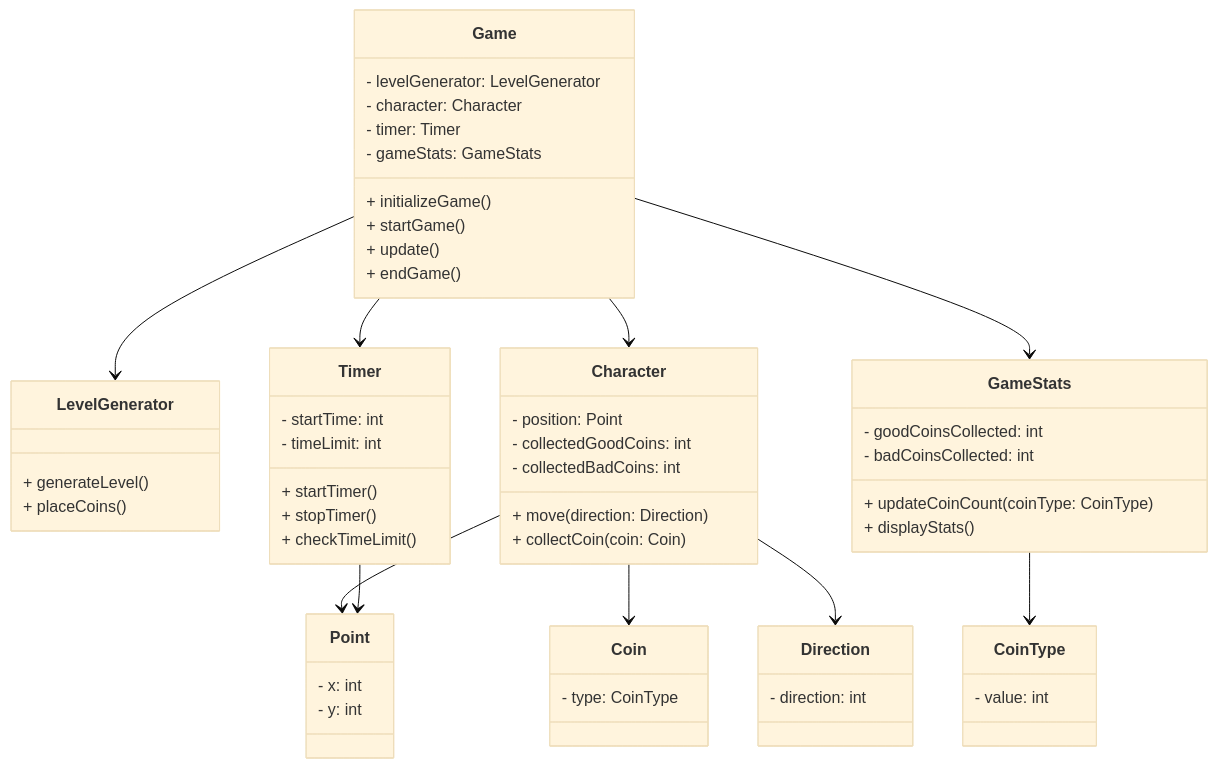
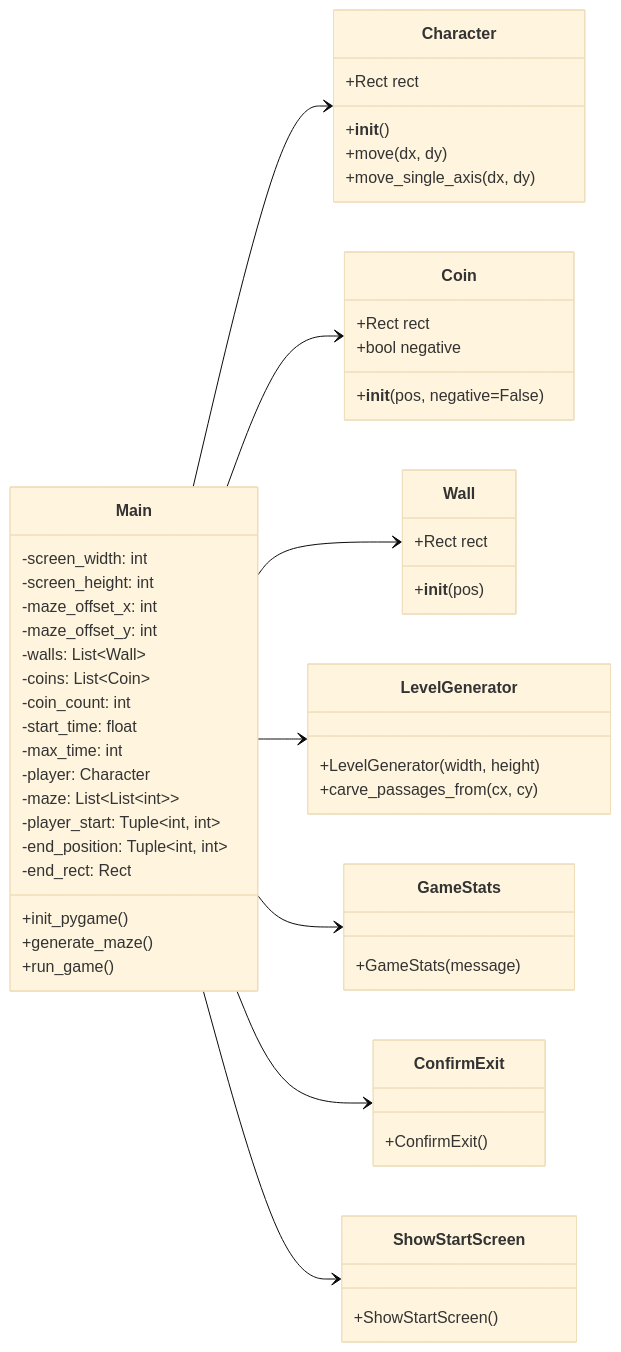
The diagram in docs/struct.md (ArinaTolpa/Lab1.2), drawn with Mermaid (base theme) before and after one commit. The commit also changed other lines of this file, not shown here.

````diff
--- a/docs/struct.md
+++ b/docs/struct.md
@@ -3,61 +3,67 @@
 ```mermaid
 classDiagram
-    class Game {
-        - levelGenerator: LevelGenerator
-        - character: Character
-        - timer: Timer
-        - gameStats: GameStats
-        + initializeGame()
-        + startGame()
-        + update()
-        + endGame()
+    direction LR
+    
+    class Character {
+        +Rect rect
+        +__init__()
+        +move(dx, dy)
+        +move_single_axis(dx, dy)
     }
+    
+    class Coin {
+        +Rect rect
+        +bool negative
+        +__init__(pos, negative=False)
+    }
+    
+    class Wall {
+        +Rect rect
+        +__init__(pos)
+    }
+    
     class LevelGenerator {
-        + generateLevel()
-        + placeCoins()
+        +LevelGenerator(width, height)
+        +carve_passages_from(cx, cy)
     }
-    class Character {
-        - position: Point
-        - collectedGoodCoins: int
-        - collectedBadCoins: int
-        + move(direction: Direction)
-        + collectCoin(coin: Coin)
+    
+    class GameStats {
+        +GameStats(message)
     }
-    class Timer {
-        - startTime: int
-        - timeLimit: int
-        + startTimer()
-        + stopTimer()
-        + checkTimeLimit()
+    
+    class ConfirmExit {
+        +ConfirmExit()
     }
-    class GameStats {
-        - goodCoinsCollected: int
-        - badCoinsCollected: int
-        + updateCoinCount(coinType: CoinType)
-        + displayStats()
+    
+    class ShowStartScreen {
+        +ShowStartScreen()
     }
-    class Point {
-        - x: int
-        - y: int
-    }
-    class Direction {
-        - direction: int
-    }
-    class Coin {
-        - type: CoinType
-    }
-    class CoinType {
-        - value: int
+    
+    class Main {
+        -screen_width: int
+        -screen_height: int
+        -maze_offset_x: int
+        -maze_offset_y: int
+        -walls: List~Wall~
+        -coins: List~Coin~
+        -coin_count: int
+        -start_time: float
+        -max_time: int
+        -player: Character
+        -maze: List~List~int~~
+        -player_start: Tuple~int, int~
+        -end_position: Tuple~int, int~
+        -end_rect: Rect
+        +init_pygame()
+        +generate_maze()
+        +run_game()
     }
 
-    Game --> LevelGenerator
-    Game --> Character
-    Game --> Timer
-    Game --> GameStats
-    Character --> Point
-    Character --> Coin
-    Character --> Direction
- 
-    Timer --> Point
-    GameStats --> CoinType
+    Main --> Character 
+    Main --> Coin 
+    Main --> Wall 
+    Main --> LevelGenerator 
+    Main --> GameStats 
+    Main --> ConfirmExit 
+    Main --> ShowStartScreen 
 ```
````
